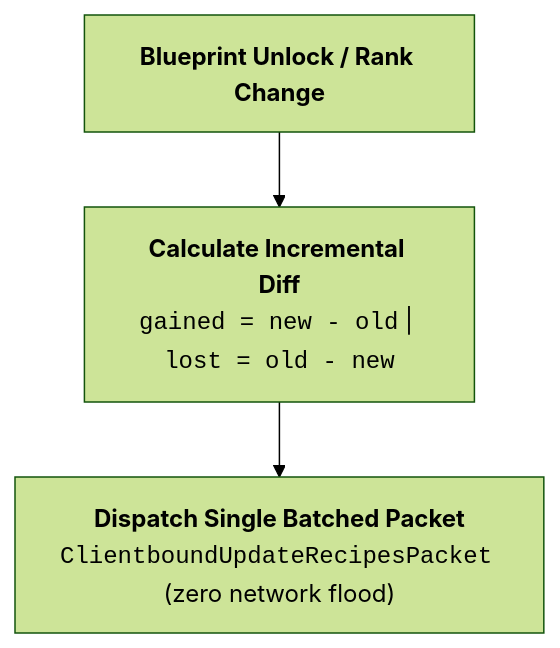
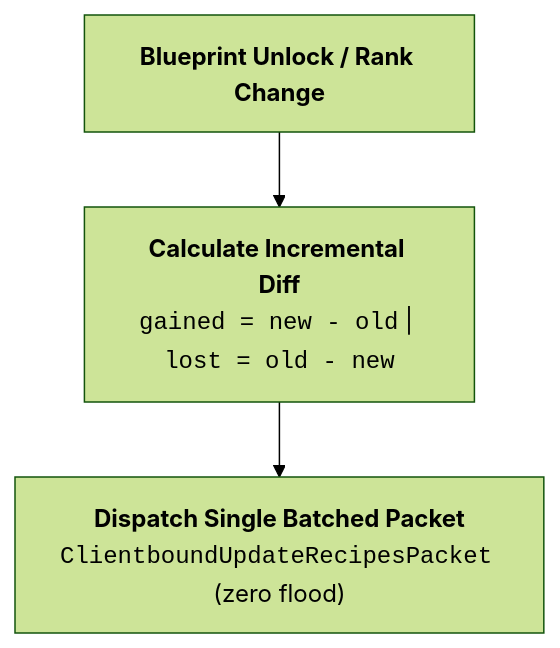
The second of 2 diagrams in docs/mechanics/previews-and-recipe-book.md (XZtotal/CraftingBlueprints-Wiki), drawn with Mermaid (forest theme) before and after one commit. The commit also changed other lines of this file and 24 other files, not shown here.

````diff
--- a/docs/mechanics/previews-and-recipe-book.md
+++ b/docs/mechanics/previews-and-recipe-book.md
@@ -81,6 +86,9 @@
 ```mermaid
 flowchart TD
     Event["<b>Blueprint Unlock / Rank Change</b>"]
-    --> Diff["<b>Calculate Incremental Diff</b><br/><code>gained = new - old</code> | <code>lost = old - new</code>"]
-    --> Packet["<b>Dispatch Single Batched Packet</b><br/><code>ClientboundUpdateRecipesPacket</code> (zero network flood)"]
+    Diff["<b>Calculate Incremental Diff</b><br/><code>gained = new - old</code> | <code>lost = old - new</code>"]
+    Packet["<b>Dispatch Single Batched Packet</b><br/><code>ClientboundUpdateRecipesPacket</code> (zero flood)"]
+
+    Event --> Diff
+    Diff --> Packet
 ```
````
